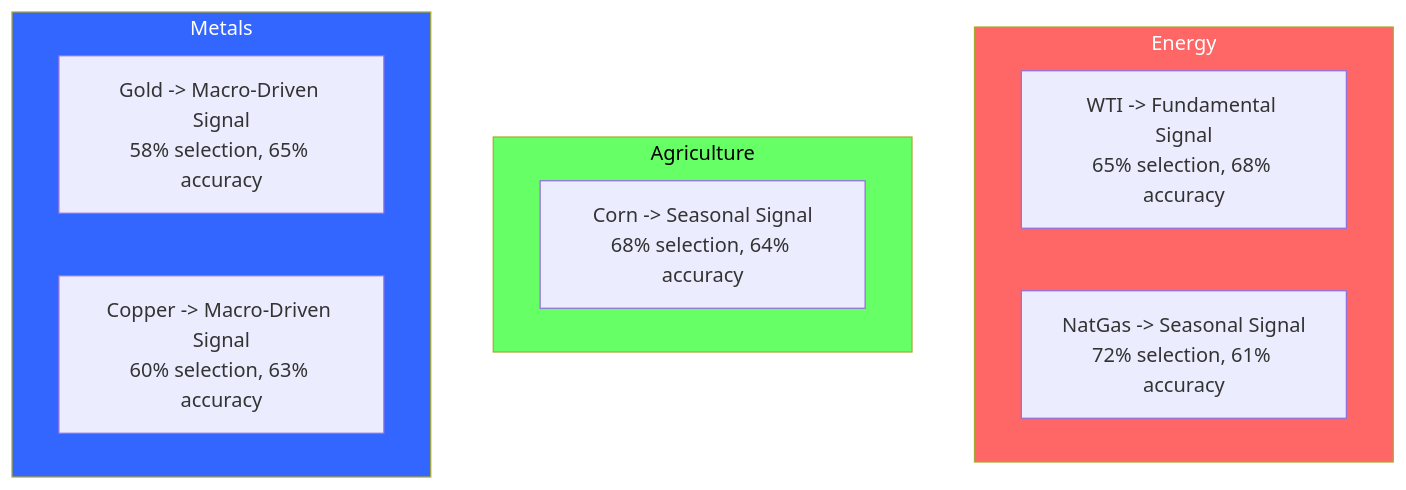
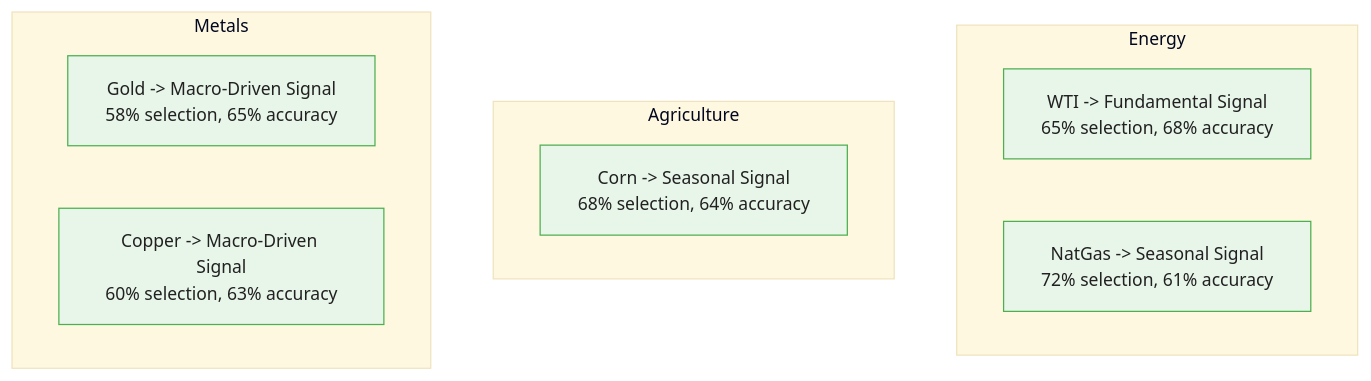
One commit to m-deane/course-creator changed the fourth of 6 diagrams in courses/multi-armed-bandits-ab-testing/modules/module_08_prompt_routing_bandits/guides/04_commodity_research_assistant_slides.md. Above: the diagram before and after it, drawn with Mermaid. The commit also changed other lines of this file and 146 other files, not shown here.

````diff
--- a/courses/multi-armed-bandits-ab-testing/modules/module_08_prompt_routing_bandits/guides/04_commodity_research_assistant_slides.md
+++ b/courses/multi-armed-bandits-ab-testing/modules/module_08_prompt_routing_bandits/guides/04_commodity_research_assistant_slides.md
@@ -203,18 +225,15 @@
 ```mermaid
+%%{init: {"theme": "base", "themeVariables": {"primaryColor": "#e8f5e9", "primaryBorderColor": "#4caf50", "primaryTextColor": "#212121", "secondaryColor": "#e3f2fd", "tertiaryColor": "#fff8e1", "lineColor": "#757575", "fontFamily": "Inter, sans-serif", "fontSize": "14px"}}}%%
 flowchart TD
     subgraph Energy["Energy"]
         WTI["WTI -> Fundamental Signal<br/>65% selection, 68% accuracy"]
         NatGas["NatGas -> Seasonal Signal<br/>72% selection, 61% accuracy"]
     end
     subgraph Ag["Agriculture"]
         Corn["Corn -> Seasonal Signal<br/>68% selection, 64% accuracy"]
     end
     subgraph Metals["Metals"]
         Gold["Gold -> Macro-Driven Signal<br/>58% selection, 65% accuracy"]
         Copper["Copper -> Macro-Driven Signal<br/>60% selection, 63% accuracy"]
     end
-
-    style Energy fill:#f66,color:#fff
-    style Ag fill:#6f6,color:#000
-    style Metals fill:#36f,color:#fff
 ```
````
